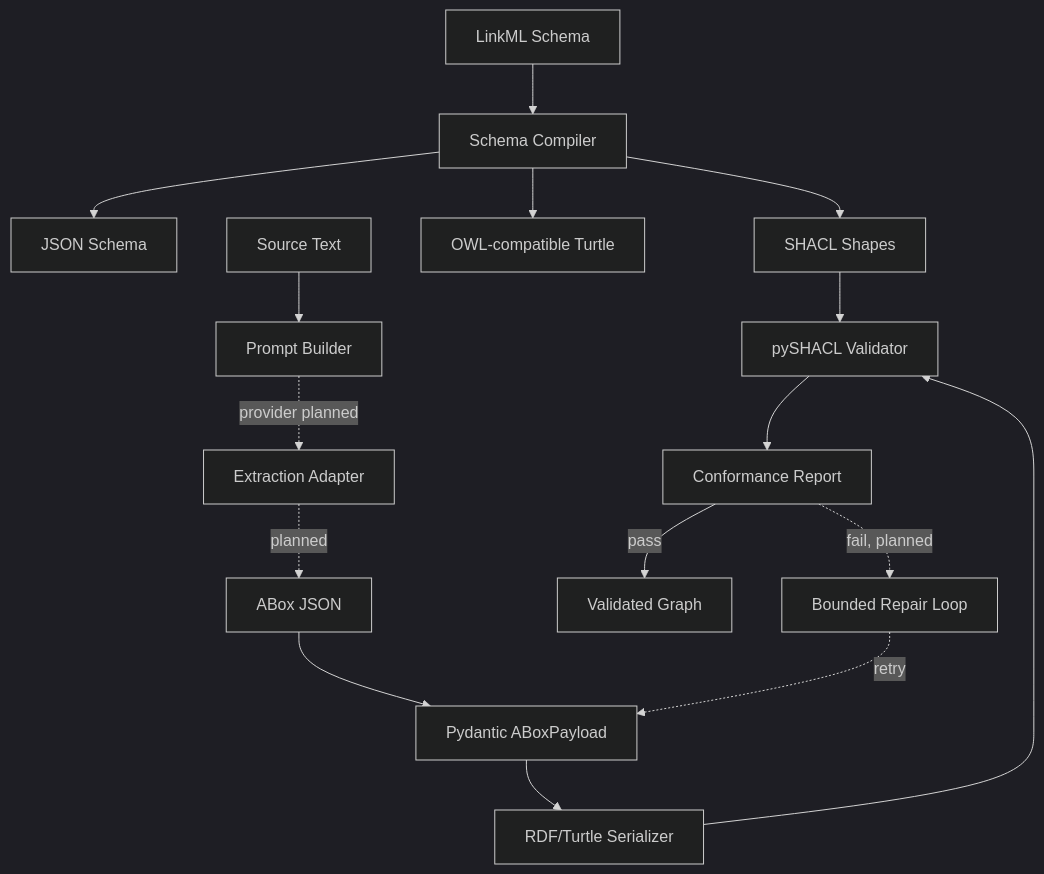
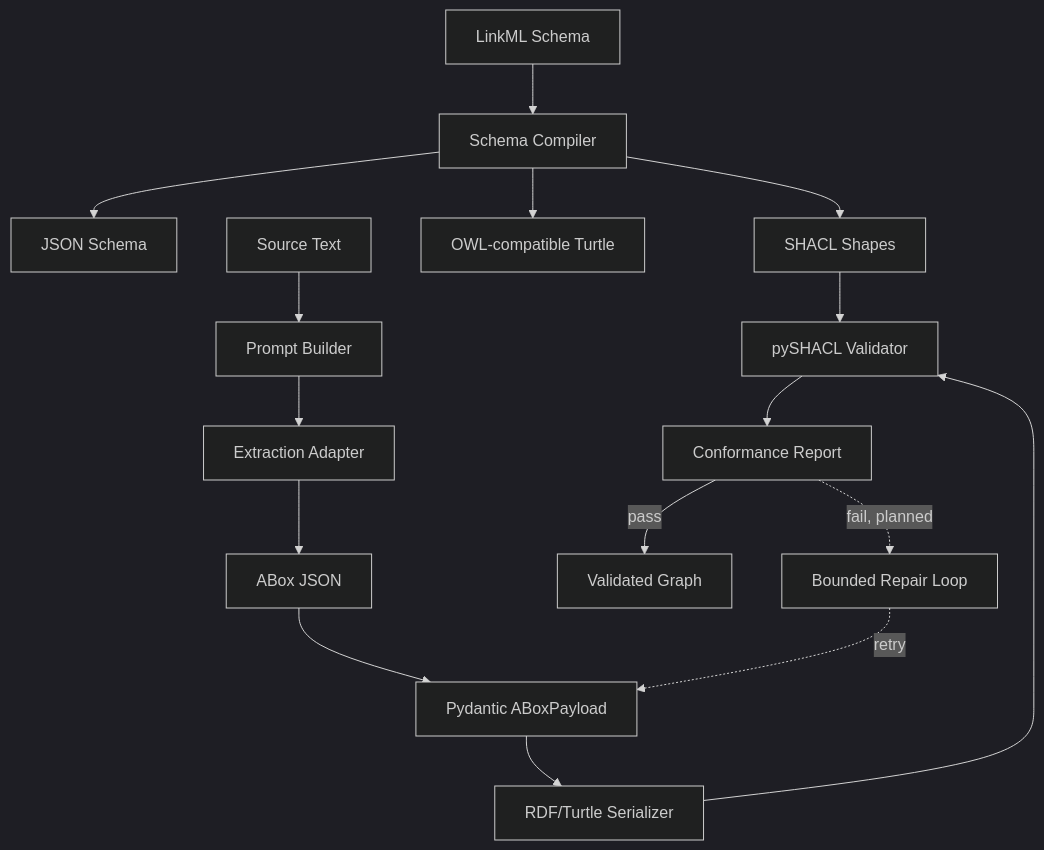
The diagram in README.md (sinonchum/NeuroOntoGen), drawn with Mermaid (dark theme) before and after one commit. The commit also changed other lines of this file and 2 other files, not shown here.

Commit message:
feat: add provider extraction boundary

````diff
--- a/README.md
+++ b/README.md
@@ -63,21 +64,21 @@
 ```mermaid
 graph TB
     S[LinkML Schema] --> C[Schema Compiler]
     C --> JS[JSON Schema]
     C --> SH[SHACL Shapes]
     C --> OWL[OWL-compatible Turtle]
 
     TXT[Source Text] --> PR[Prompt Builder]
-    PR -. provider planned .-> EX[Extraction Adapter]
-    EX -. planned .-> JSON[ABox JSON]
+    PR --> EX[Extraction Adapter]
+    EX --> JSON[ABox JSON]
     JSON --> P[Pydantic ABoxPayload]
 
     P --> RDF[RDF/Turtle Serializer]
     RDF --> V[pySHACL Validator]
     SH --> V
     V --> R[Conformance Report]
 
     R -->|pass| OUT[Validated Graph]
     R -. fail, planned .-> REP[Bounded Repair Loop]
     REP -. retry .-> P
 ```
````
